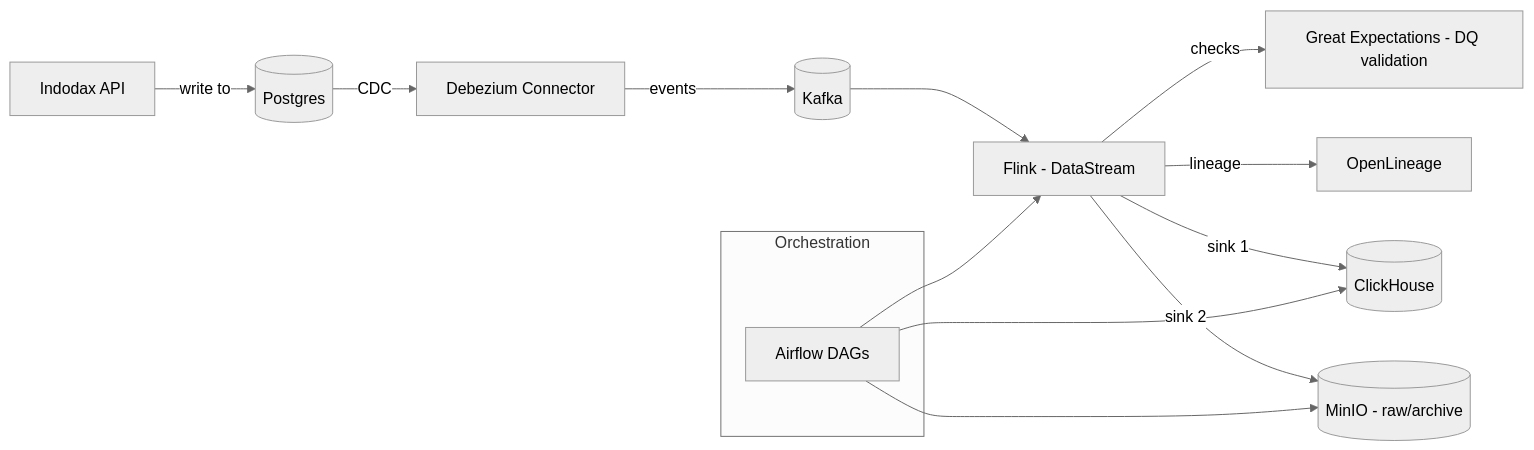
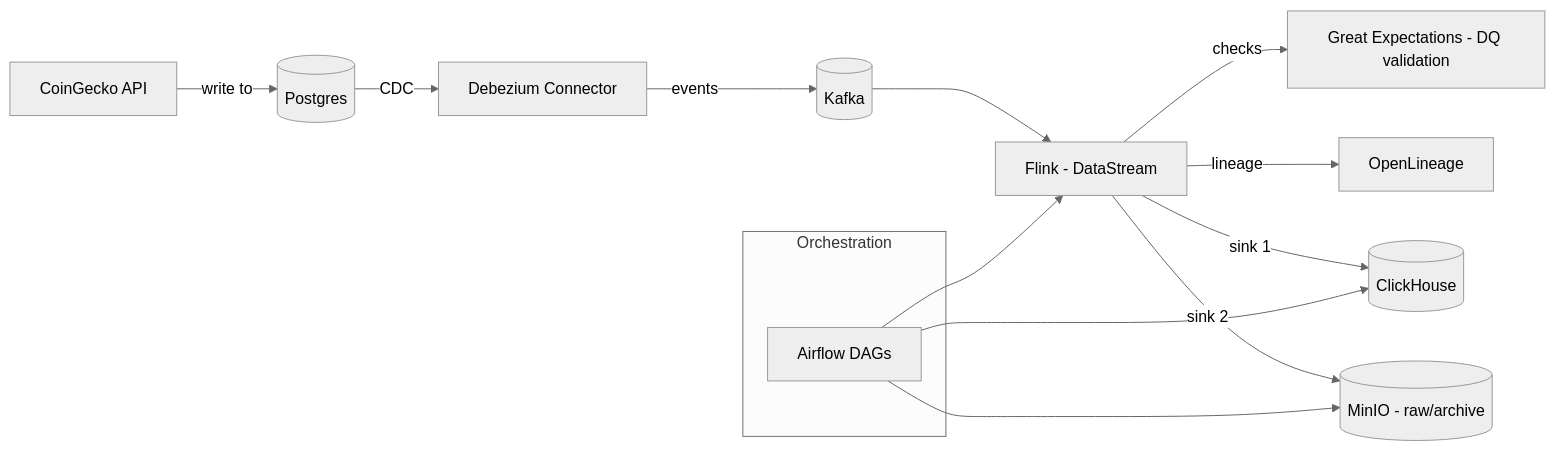
One commit to 4lcatrust/aether-stream changed the diagram in README.md. Above: the diagram before and after it, drawn with Mermaid (neutral theme).

````diff
--- a/README.md
+++ b/README.md
@@ -3,17 +3,17 @@
 ```mermaid
 flowchart LR
-  A[Indodax API] -->|write to| B[(Postgres)]
+  A[CoinGecko API] -->|write to| B[(Postgres)]
   B -->|CDC| C[Debezium Connector]
   C -->|events| D[(Kafka)]
   D --> E[Flink - DataStream]
   E -->|checks| F[Great Expectations - DQ validation]
   E -->|lineage| G[OpenLineage]
   E -->|sink 1| H[(ClickHouse)]
   E -->|sink 2| I[(MinIO - raw/archive)]
   subgraph J[Orchestration]
     K[Airflow DAGs]
   end
   K --> E
   K --> H
   K --> I
 ```
````
